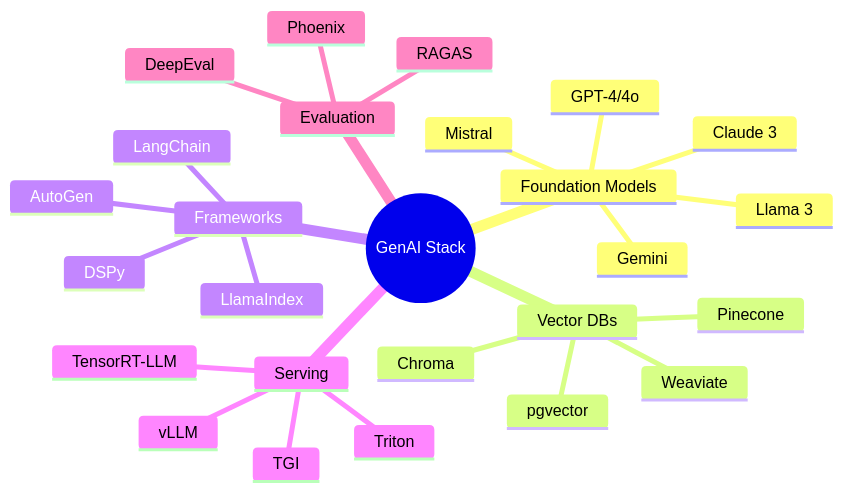
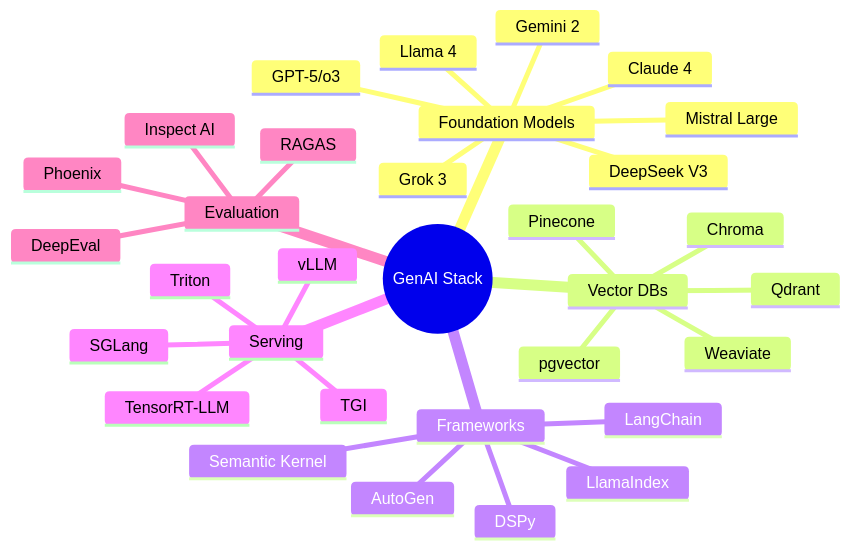
Before and after one commit to AbhinaavRamesh/handbook: the fourth of 4 diagrams in docs/genai/index.md, drawn with Mermaid. The commit also changed 4 other files, not shown here.

````diff
--- a/docs/genai/index.md
+++ b/docs/genai/index.md
@@ -267,29 +267,35 @@
 ```mermaid
 mindmap
   root((GenAI Stack))
     Foundation Models
-      GPT-4/4o
-      Claude 3
-      Llama 3
-      Gemini
-      Mistral
+      GPT-5/o3
+      Claude 4
+      Llama 4
+      Gemini 2
+      Mistral Large
+      DeepSeek V3
+      Grok 3
     Vector DBs
       Pinecone
       Weaviate
       Chroma
       pgvector
+      Qdrant
     Frameworks
       LangChain
       LlamaIndex
       AutoGen
       DSPy
+      Semantic Kernel
     Serving
       vLLM
       TGI
       Triton
       TensorRT-LLM
+      SGLang
     Evaluation
       RAGAS
       DeepEval
       Phoenix
+      Inspect AI
 ```
````
